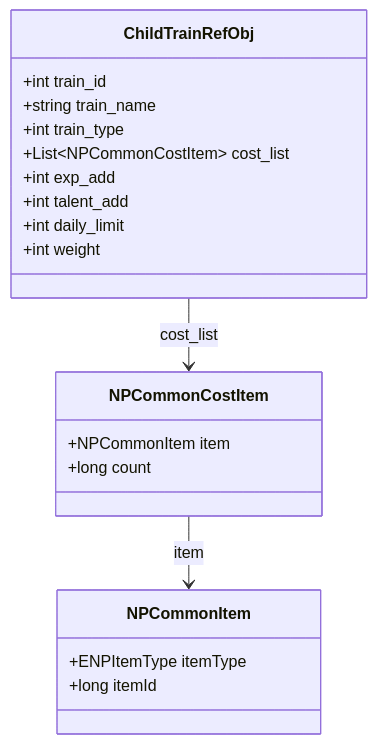
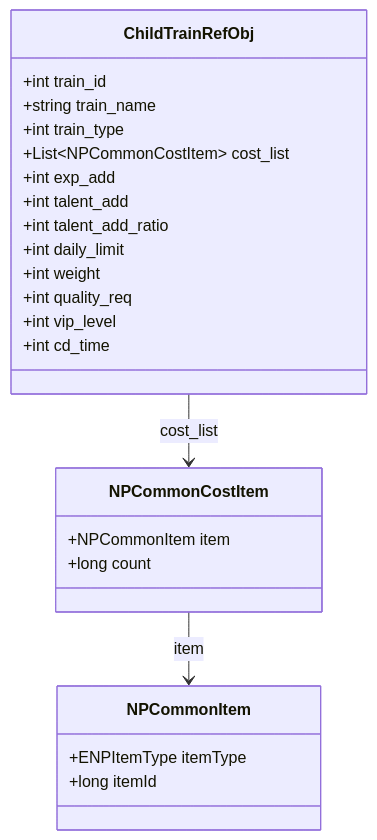
The eighth of 15 diagrams in docs/Module_Child/01_数据配表.md (Alan-Ben/k2c_game_framework), drawn with Mermaid before and after one commit. The commit also changed other lines of this file and 7 other files, not shown here.

````diff
--- a/docs/Module_Child/01_数据配表.md
+++ b/docs/Module_Child/01_数据配表.md
@@ -384,26 +673,30 @@
 ```mermaid
 classDiagram
     class ChildTrainRefObj {
         +int train_id
         +string train_name
         +int train_type
         +List~NPCommonCostItem~ cost_list
         +int exp_add
         +int talent_add
+        +int talent_add_ratio
         +int daily_limit
         +int weight
+        +int quality_req
+        +int vip_level
+        +int cd_time
     }
 
     class NPCommonCostItem {
         +NPCommonItem item
         +long count
     }
 
     class NPCommonItem {
         +ENPItemType itemType
         +long itemId
     }
 
     ChildTrainRefObj --> NPCommonCostItem : cost_list
     NPCommonCostItem --> NPCommonItem : item
 ```
````
